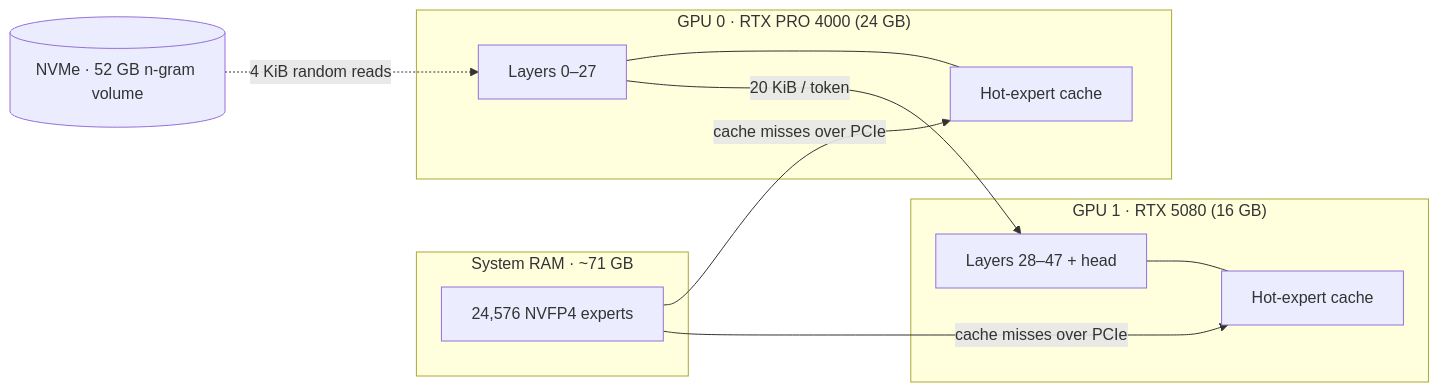
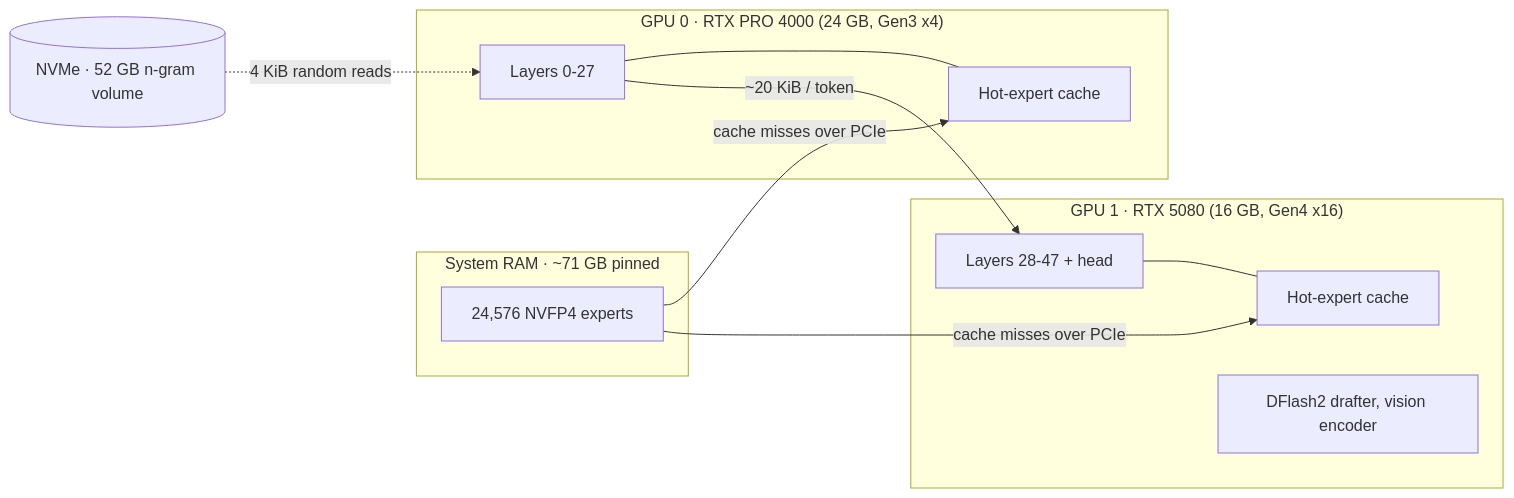
The diagram in README.md (Ruler-Dev/Lightning-Infer), drawn with Mermaid before and after one commit. The commit also changed other lines of this file, not shown here.

````diff
--- a/README.md
+++ b/README.md
@@ -44,17 +52,18 @@
 ```mermaid
 flowchart LR
-    subgraph RAM["System RAM · ~71 GB"]
+    subgraph RAM["System RAM · ~71 GB pinned"]
         E["24,576 NVFP4 experts"]
     end
-    subgraph G0["GPU 0 · RTX PRO 4000 (24 GB)"]
-        L0["Layers 0–27"] --- C0["Hot-expert cache"]
+    subgraph G0["GPU 0 · RTX PRO 4000 (24 GB, Gen3 x4)"]
+        L0["Layers 0-27"] --- C0["Hot-expert cache"]
     end
-    subgraph G1["GPU 1 · RTX 5080 (16 GB)"]
-        L1["Layers 28–47 + head"] --- C1["Hot-expert cache"]
+    subgraph G1["GPU 1 · RTX 5080 (16 GB, Gen4 x16)"]
+        L1["Layers 28-47 + head"] --- C1["Hot-expert cache"]
+        D1["DFlash2 drafter, vision encoder"]
     end
     NV[("NVMe · 52 GB n-gram volume")]
     E -- "cache misses over PCIe" --> C0
     E -- "cache misses over PCIe" --> C1
-    L0 -- "20 KiB / token" --> L1
+    L0 -- "~20 KiB / token" --> L1
     NV -. "4 KiB random reads" .-> L0
 ```
````
